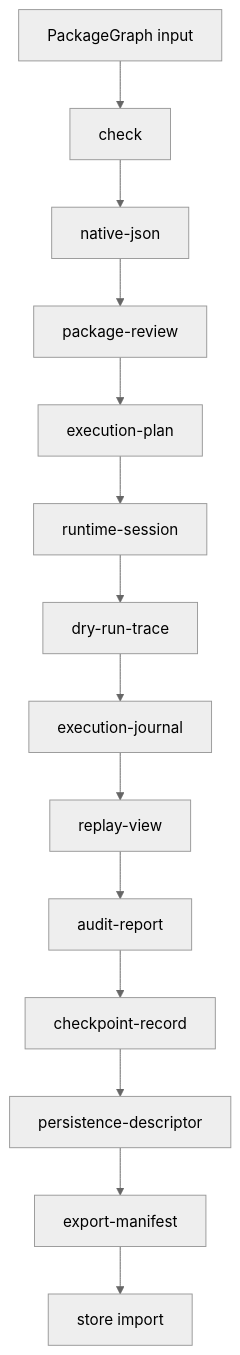
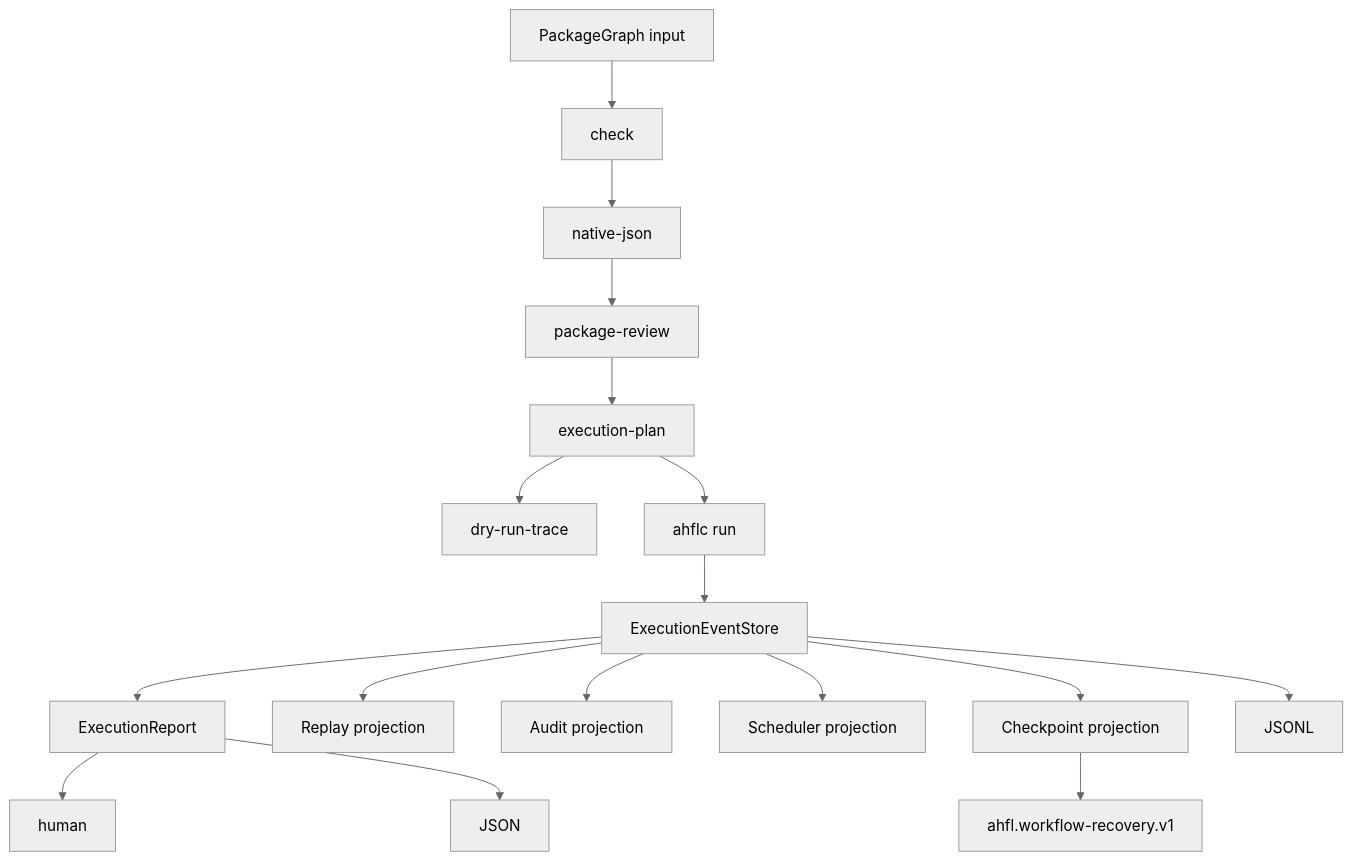
The diagram in docs/reference/user-guide-execution.zh.md (Zzzode/AHFL), drawn with Mermaid (neutral theme) before and after one commit. The commit also changed other lines of this file and 26 other files, not shown here.

````diff
--- a/docs/reference/user-guide-execution.zh.md
+++ b/docs/reference/user-guide-execution.zh.md
@@ -7,16 +7,19 @@
 ```mermaid
 flowchart TB
     PackageInput[PackageGraph input] --> Check[check]
     Check --> Native[native-json]
     Native --> Package[package-review]
     Package --> Plan[execution-plan]
-    Plan --> Session[runtime-session]
-    Session --> Trace[dry-run-trace]
-    Trace --> Journal[execution-journal]
-    Journal --> Replay[replay-view]
-    Replay --> Audit[audit-report]
-    Audit --> Checkpoint[checkpoint-record]
-    Checkpoint --> Persistence[persistence-descriptor]
-    Persistence --> Export[export-manifest]
-    Export --> Store[store import]
+    Plan --> Trace[dry-run-trace]
+    Plan --> Runtime[ahflc run]
+    Runtime --> Events[ExecutionEventStore]
+    Events --> Report[ExecutionReport]
+    Events --> Replay[Replay projection]
+    Events --> Audit[Audit projection]
+    Events --> Scheduler[Scheduler projection]
+    Events --> Checkpoint[Checkpoint projection]
+    Checkpoint --> Recovery[ahfl.workflow-recovery.v1]
+    Report --> Human[human]
+    Report --> JSON[JSON]
+    Events --> JSONL[JSONL]
 ```
````
